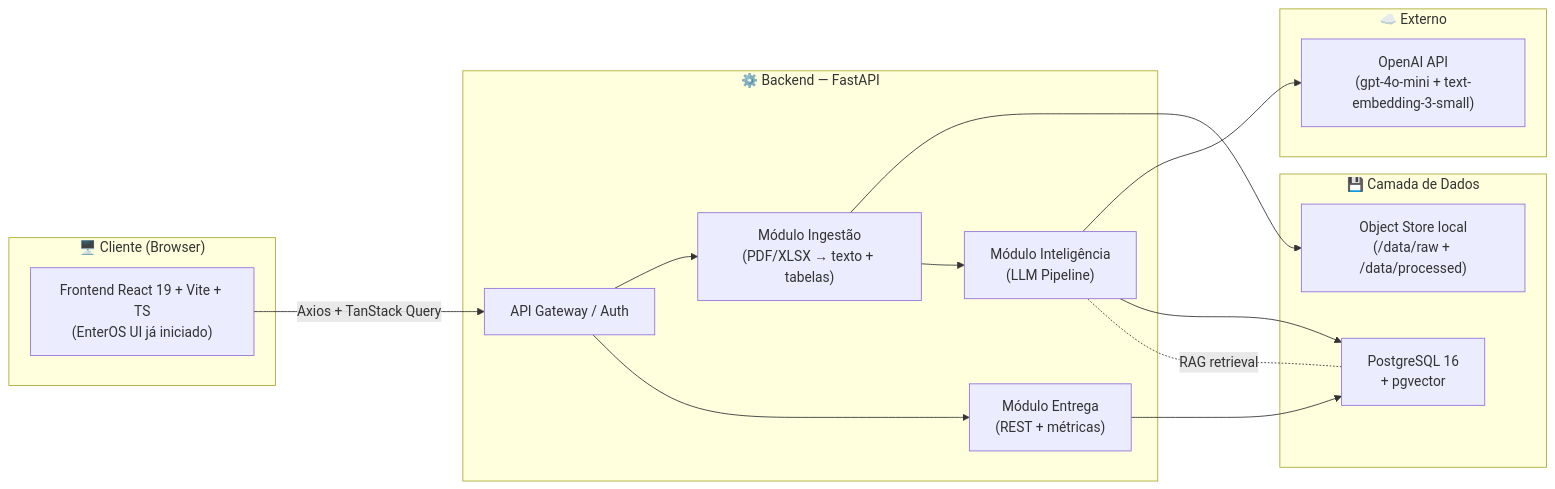
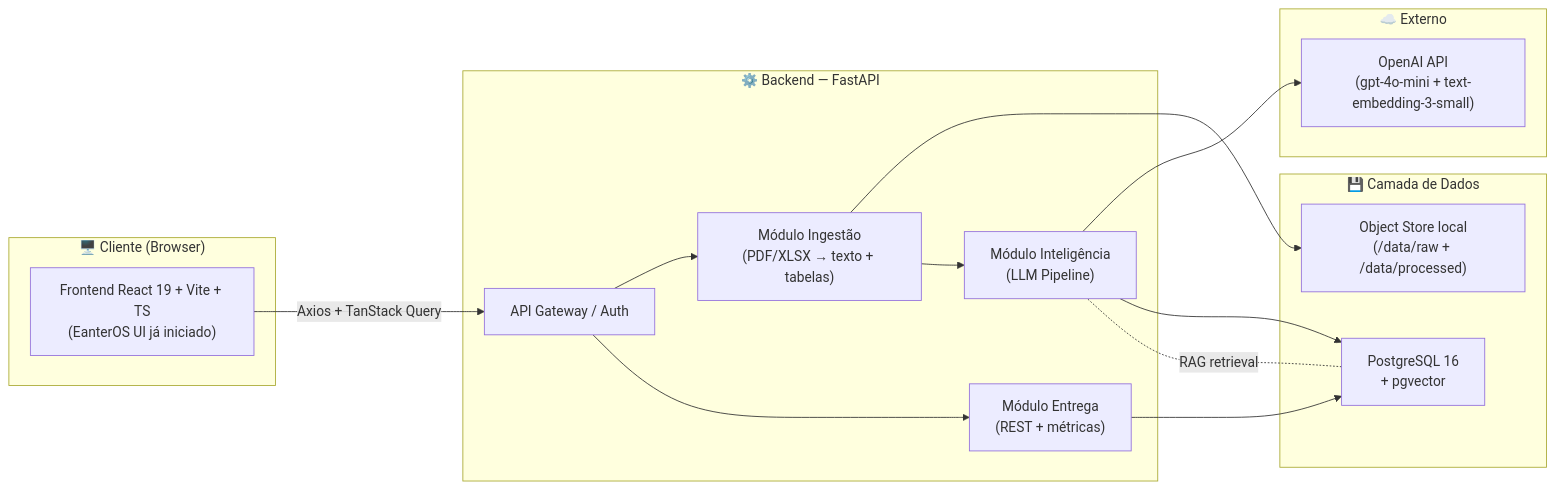
One commit to Gr-moura/hackathon-ufmg-2026-grupo10 changed the first of 4 diagrams in DEVELOPMENT_CONTEXT.md. Above: the diagram before and after it, drawn with Mermaid. The commit also changed other lines of this file and 12 other files, not shown here.

First line of the commit message:
docs(readme): alinhar com implementação atual + renomear EnterOS -> EanterOS

````diff
--- a/DEVELOPMENT_CONTEXT.md
+++ b/DEVELOPMENT_CONTEXT.md
@@ -56,32 +56,32 @@
 ```mermaid
 flowchart LR
     subgraph Client["🖥️ Cliente (Browser)"]
-        FE["Frontend React 19 + Vite + TS<br/>(EnterOS UI já iniciado)"]
+        FE["Frontend React 19 + Vite + TS<br/>(EanterOS UI já iniciado)"]
     end
 
     subgraph API["⚙️ Backend — FastAPI"]
         GW["API Gateway / Auth"]
         ING["Módulo Ingestão<br/>(PDF/XLSX → texto + tabelas)"]
         AI["Módulo Inteligência<br/>(LLM Pipeline)"]
         DLV["Módulo Entrega<br/>(REST + métricas)"]
     end
 
     subgraph Data["💾 Camada de Dados"]
         PG["PostgreSQL 16<br/>+ pgvector"]
         FS["Object Store local<br/>(/data/raw + /data/processed)"]
     end
 
     subgraph External["☁️ Externo"]
         OAI["OpenAI API<br/>(gpt-4o-mini + text-embedding-3-small)"]
     end
 
     FE -->|Axios + TanStack Query| GW
     GW --> ING
     GW --> DLV
     ING --> FS
     ING --> AI
     AI --> OAI
     AI --> PG
     DLV --> PG
     PG -.RAG retrieval.- AI
 ```
````
